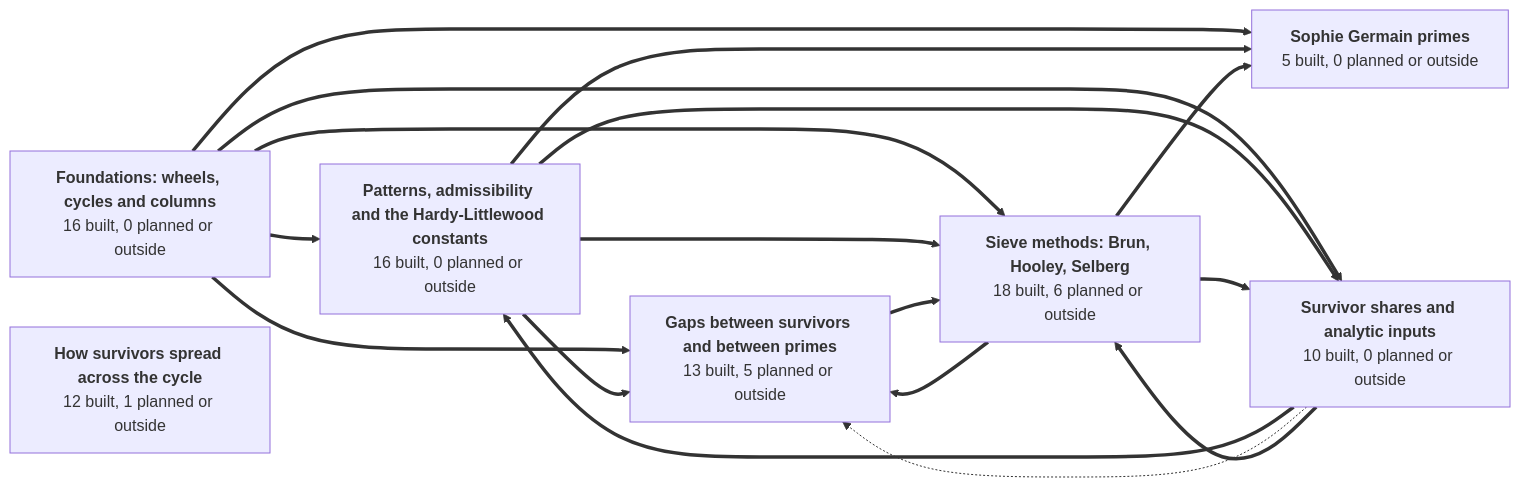
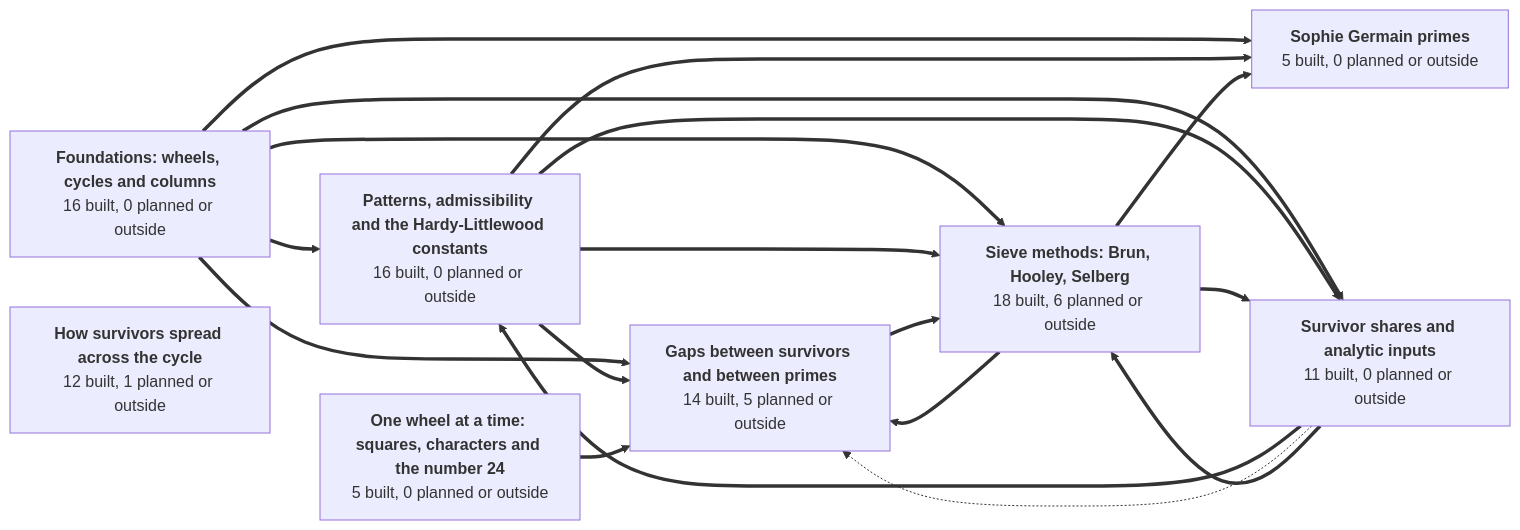
Before and after one commit to golfbum71/RNS-Sieve-Network: the first of 9 diagrams in GRAPH.md, drawn with Mermaid. The commit also changed other lines of this file and 35 other files, not shown here.

First line of the commit message:
UnitSquares24, BrocardWindowLength, QuadraticCharSum, HasseCurve, VonKochBound, BirchTateRational, GapConjectures (Brocard from Oppermann): built clean (standard axioms); StepanovWeil cited; node list and graph

````diff
--- a/GRAPH.md
+++ b/GRAPH.md
@@ -45,33 +45,36 @@
 ```mermaid
 graph LR
   g1["<b>Foundations: wheels, cycles and columns</b><br/>16 built, 0 planned or outside"]
   g2["<b>Patterns, admissibility and the Hardy-Littlewood constants</b><br/>16 built, 0 planned or outside"]
   g3["<b>How survivors spread across the cycle</b><br/>12 built, 1 planned or outside"]
-  g4["<b>Gaps between survivors and between primes</b><br/>13 built, 5 planned or outside"]
+  g4["<b>Gaps between survivors and between primes</b><br/>14 built, 5 planned or outside"]
   g5["<b>Sophie Germain primes</b><br/>5 built, 0 planned or outside"]
-  g6["<b>Survivor shares and analytic inputs</b><br/>10 built, 0 planned or outside"]
-  g7["<b>Sieve methods: Brun, Hooley, Selberg</b><br/>18 built, 6 planned or outside"]
+  g6["<b>Survivor shares and analytic inputs</b><br/>11 built, 0 planned or outside"]
+  g7["<b>One wheel at a time: squares, characters and the number 24</b><br/>5 built, 0 planned or outside"]
+  g8["<b>Sieve methods: Brun, Hooley, Selberg</b><br/>18 built, 6 planned or outside"]
   g1 ==> g2
   g1 ==> g4
   g1 ==> g5
   g1 ==> g6
-  g1 ==> g7
+  g1 ==> g8
   g2 ==> g4
   g2 ==> g5
   g2 ==> g6
-  g2 ==> g7
-  g4 ==> g7
+  g2 ==> g8
+  g4 ==> g8
   g6 ==> g2
   g6 -.-> g4
-  g6 ==> g7
+  g6 ==> g8
   g7 ==> g4
-  g7 ==> g5
-  g7 ==> g6
+  g8 ==> g4
+  g8 ==> g5
+  g8 ==> g6
   click g1 href "https://github.com/golfbum71/RNS-Sieve-Network/blob/main/GRAPH.md#foundations-wheels-cycles-and-columns" _self
   click g2 href "https://github.com/golfbum71/RNS-Sieve-Network/blob/main/GRAPH.md#patterns-admissibility-and-the-hardy-littlewood-constants" _self
   click g3 href "https://github.com/golfbum71/RNS-Sieve-Network/blob/main/GRAPH.md#how-survivors-spread-across-the-cycle" _self
   click g4 href "https://github.com/golfbum71/RNS-Sieve-Network/blob/main/GRAPH.md#gaps-between-survivors-and-between-primes" _self
   click g5 href "https://github.com/golfbum71/RNS-Sieve-Network/blob/main/GRAPH.md#sophie-germain-primes" _self
   click g6 href "https://github.com/golfbum71/RNS-Sieve-Network/blob/main/GRAPH.md#survivor-shares-and-analytic-inputs" _self
-  click g7 href "https://github.com/golfbum71/RNS-Sieve-Network/blob/main/GRAPH.md#sieve-methods-brun-hooley-selberg" _self
+  click g7 href "https://github.com/golfbum71/RNS-Sieve-Network/blob/main/GRAPH.md#one-wheel-at-a-time-squares-characters-and-the-number-24" _self
+  click g8 href "https://github.com/golfbum71/RNS-Sieve-Network/blob/main/GRAPH.md#sieve-methods-brun-hooley-selberg" _self
 ```
````
